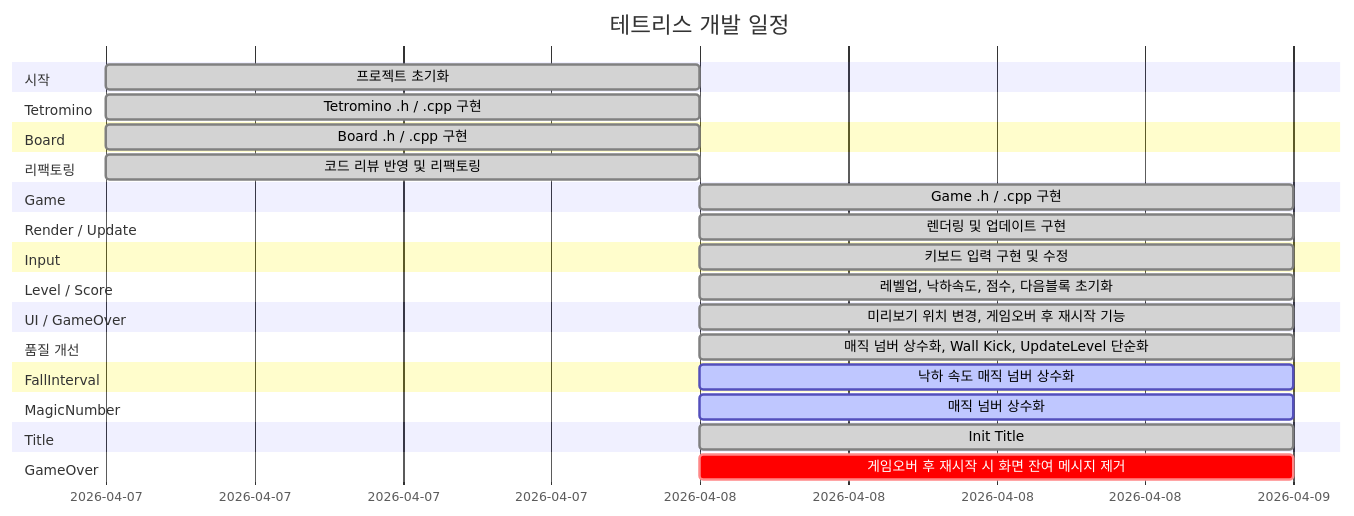
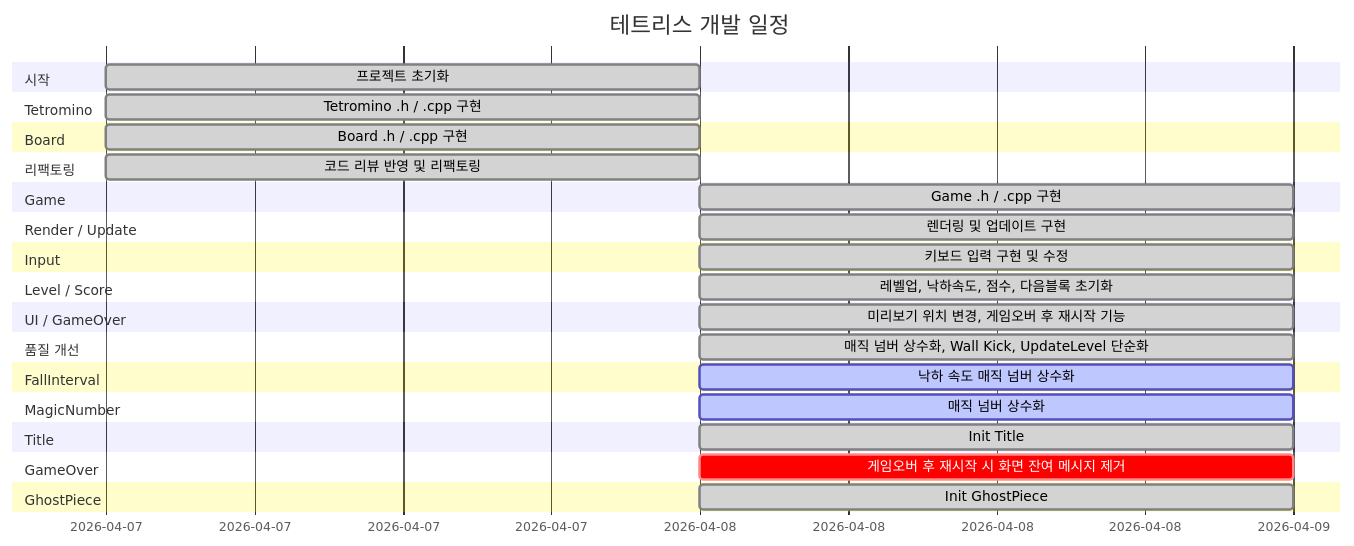
The diagram in README.md (Chance031/Tetris-cpp), drawn with Mermaid before and after one commit. The commit also changed other lines of this file, not shown here.

Commit message:
docs: README 자동 업데이트 [skip ci]

````diff
--- a/README.md
+++ b/README.md
@@ -27,33 +27,35 @@
 ```mermaid
 gantt
     title 테트리스 개발 일정
     dateFormat YYYY-MM-DD
     section 시작
         프로젝트 초기화 :done, init, 2026-04-07, 1d
     section Tetromino
         Tetromino .h / .cpp 구현 :done, t16803, 2026-04-07, 1d
     section Board
         Board .h / .cpp 구현 :done, t84048, 2026-04-07, 1d
     section 리팩토링
         코드 리뷰 반영 및 리팩토링 :done, refactor, 2026-04-07, 1d
     section Game
         Game .h / .cpp 구현 :done, t91896, 2026-04-08, 1d
     section Render / Update
         렌더링 및 업데이트 구현 :done, t47867, 2026-04-08, 1d
     section Input
         키보드 입력 구현 및 수정 :done, t8258, 2026-04-08, 1d
     section Level / Score
         레벨업, 낙하속도, 점수, 다음블록 초기화 :done, t44367, 2026-04-08, 1d
     section UI / GameOver
         미리보기 위치 변경, 게임오버 후 재시작 기능 :done, t55123, 2026-04-08, 1d
     section 품질 개선
         매직 넘버 상수화, Wall Kick, UpdateLevel 단순화 :done, t66234, 2026-04-08, 1d
     section FallInterval
         낙하 속도 매직 넘버 상수화 :active, t66782, 2026-04-08, 1d
     section MagicNumber
         매직 넘버 상수화 :active, t23180, 2026-04-08, 1d
     section Title
         Init Title :done, t45140, 2026-04-08, 1d
     section GameOver
         게임오버 후 재시작 시 화면 잔여 메시지 제거 :crit, t96693, 2026-04-08, 1d
+    section GhostPiece
+        Init GhostPiece :done, t88826, 2026-04-08, 1d
 ```
````
